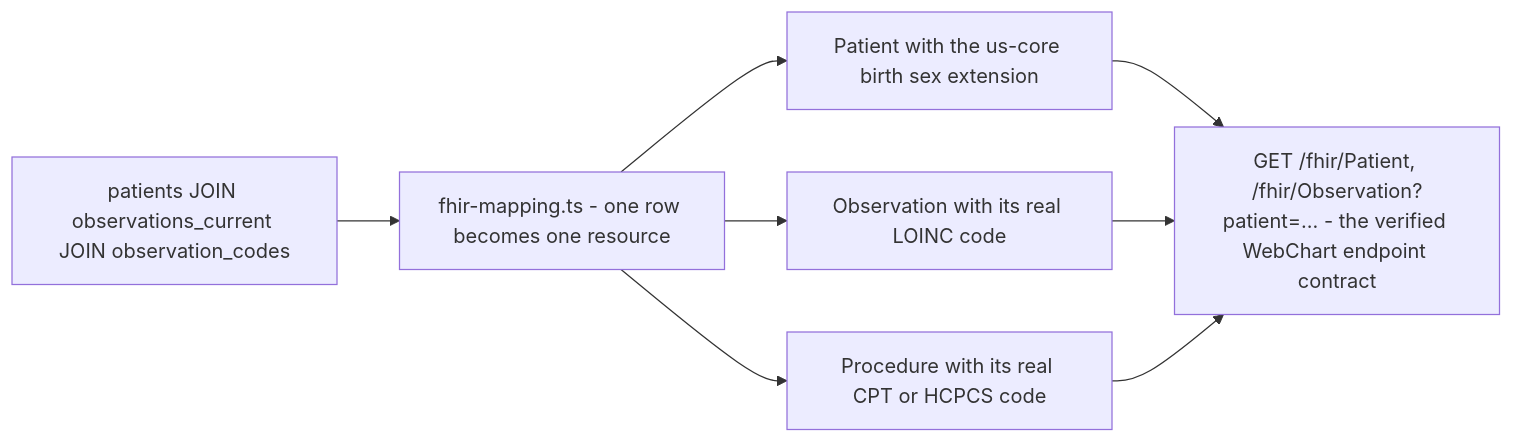
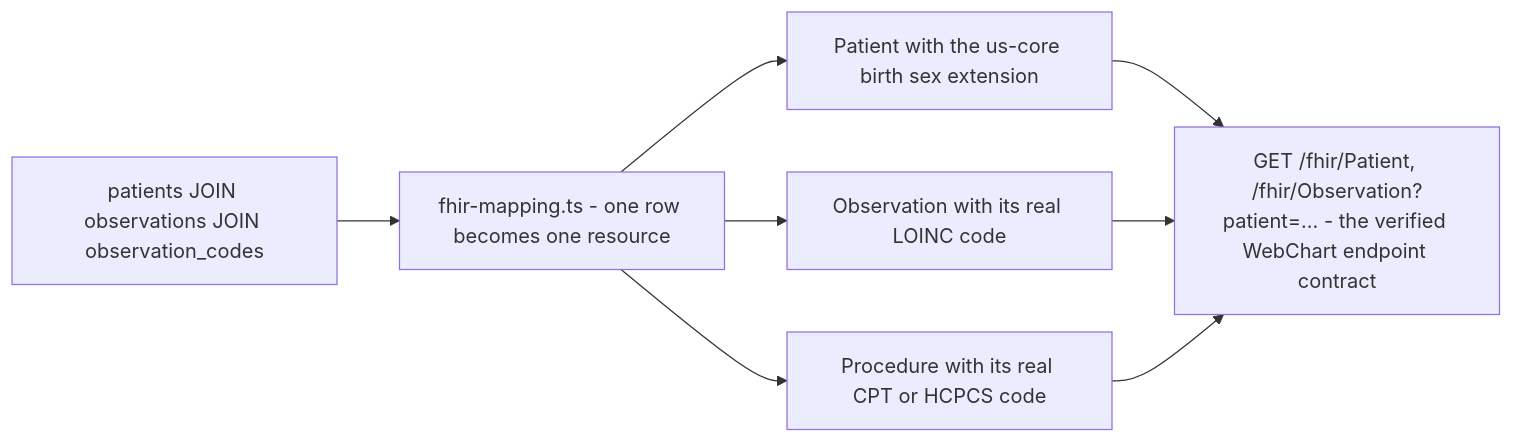
One commit to Taleef7/workwell changed the third of 4 diagrams in docs/guide/05-fhir.md. Above: the diagram before and after it, drawn with Mermaid. The commit also changed 4 other files, not shown here.

````diff
--- a/docs/guide/05-fhir.md
+++ b/docs/guide/05-fhir.md
@@ -82,11 +82,11 @@
 ```mermaid
 flowchart LR
-  T["patients JOIN observations_current JOIN observation_codes"]
+  T["patients JOIN observations JOIN observation_codes"]
   T --> M["fhir-mapping.ts - one row becomes one resource"]
   M --> R1["Patient with the us-core birth sex extension"]
   M --> R2["Observation with its real LOINC code"]
   M --> R3["Procedure with its real CPT or HCPCS code"]
   R1 --> S["GET /fhir/Patient, /fhir/Observation?patient=... - the verified WebChart endpoint contract"]
   R2 --> S
   R3 --> S
 ```
````
